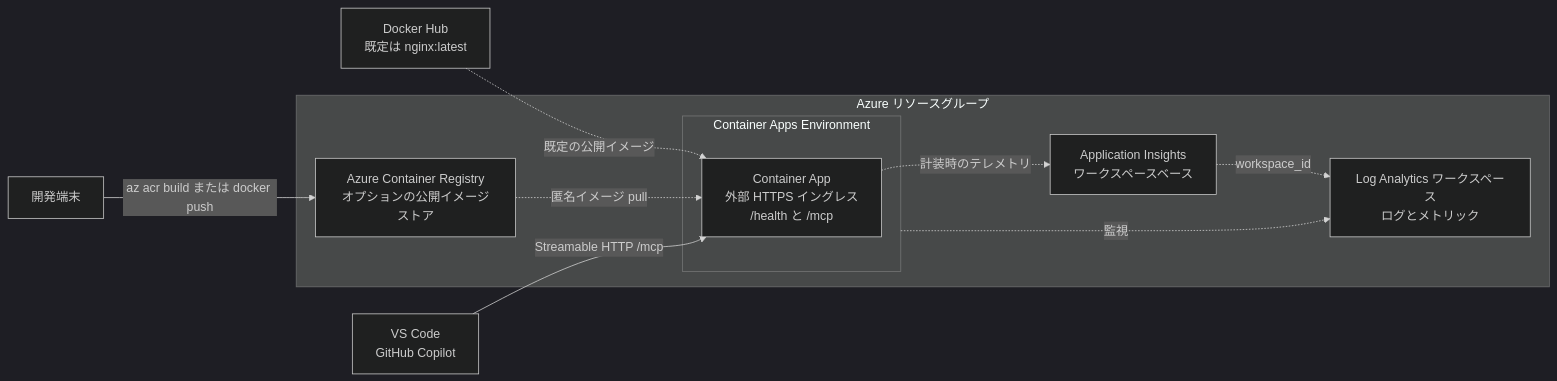
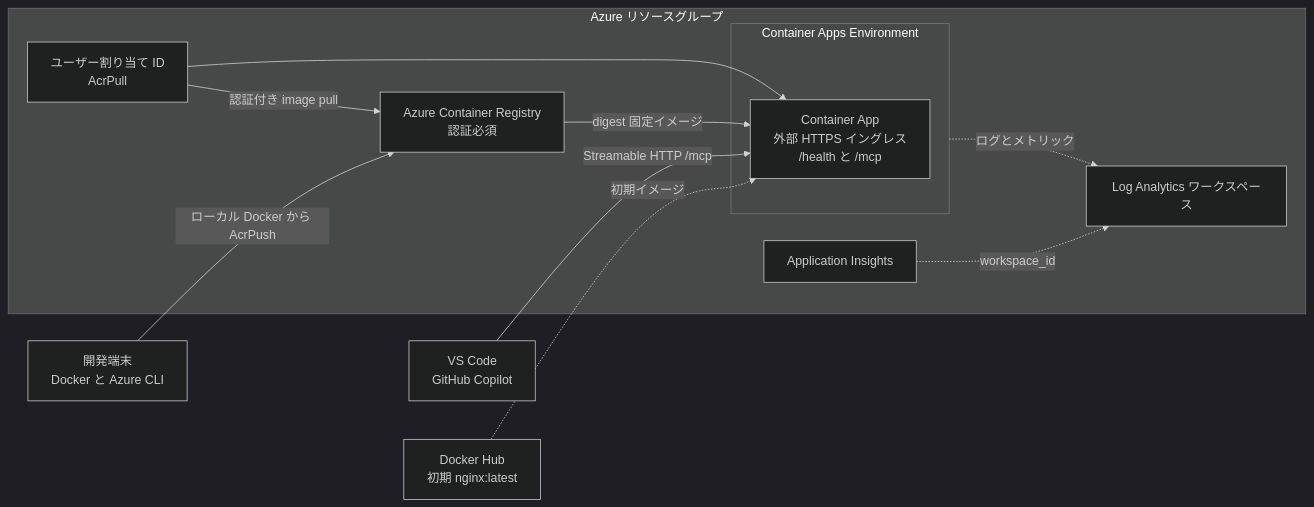
Before and after one commit to ks6088ts/template-terraform: the diagram in infra/scenarios/azure_container_apps/README.ja.md, drawn with Mermaid (dark theme). The commit also changed other lines of this file and 21 other files, not shown here.

First line of the commit message:
feat: Add Azure Container Apps scenario with ACR integration

````diff
--- a/infra/scenarios/azure_container_apps/README.ja.md
+++ b/infra/scenarios/azure_container_apps/README.ja.md
@@ -53,23 +53,25 @@
 ```mermaid
 flowchart LR
-    Developer["開発端末"]
+    Developer["開発端末<br/>Docker と Azure CLI"]
     Copilot["VS Code<br/>GitHub Copilot"]
-    DockerHub["Docker Hub<br/>既定は nginx:latest"]
+    Bootstrap["Docker Hub<br/>初期 nginx:latest"]
 
     subgraph Azure["Azure リソースグループ"]
-        ACR["Azure Container Registry<br/>オプションの公開イメージストア"]
+        ACR["Azure Container Registry<br/>認証必須"]
+        Identity["ユーザー割り当て ID<br/>AcrPull"]
         subgraph CAE["Container Apps Environment"]
             CA["Container App<br/>外部 HTTPS イングレス<br/>/health と /mcp"]
         end
-        LAW["Log Analytics ワークスペース<br/>ログとメトリック"]
-        APPI["Application Insights<br/>ワークスペースベース"]
+        LAW["Log Analytics ワークスペース"]
+        APPI["Application Insights"]
     end
 
-    Developer -->|az acr build または docker push| ACR
-    DockerHub -.->|既定の公開イメージ| CA
-    ACR -.->|匿名イメージ pull| CA
+    Developer -->|ローカル Docker から AcrPush| ACR
+    Bootstrap -.->|初期イメージ| CA
+    Identity -->|認証付き image pull| ACR
+    Identity --> CA
+    ACR -->|digest 固定イメージ| CA
     Copilot -->|Streamable HTTP /mcp| CA
-    CAE -.->|監視| LAW
+    CAE -.->|ログとメトリック| LAW
     APPI -.->|workspace_id| LAW
-    CA -.->|計装時のテレメトリ| APPI
 ```
````
